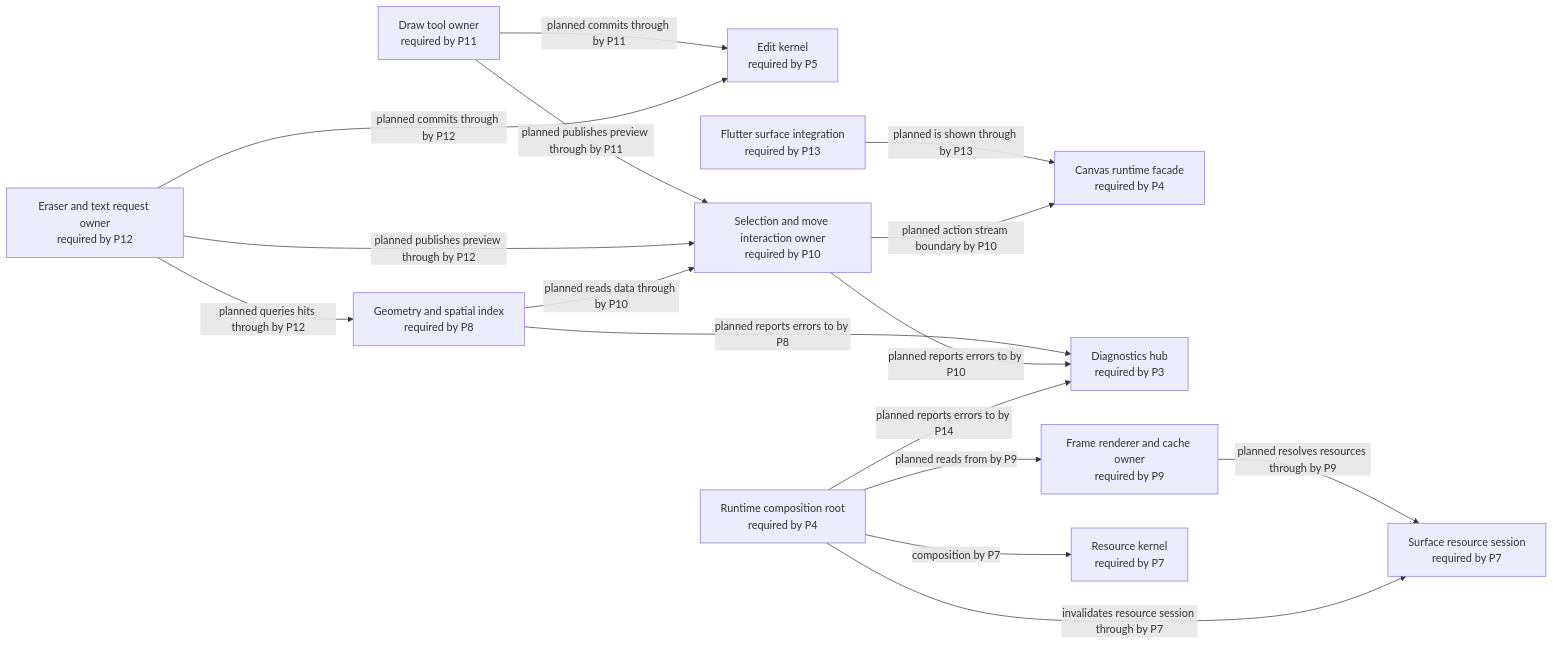
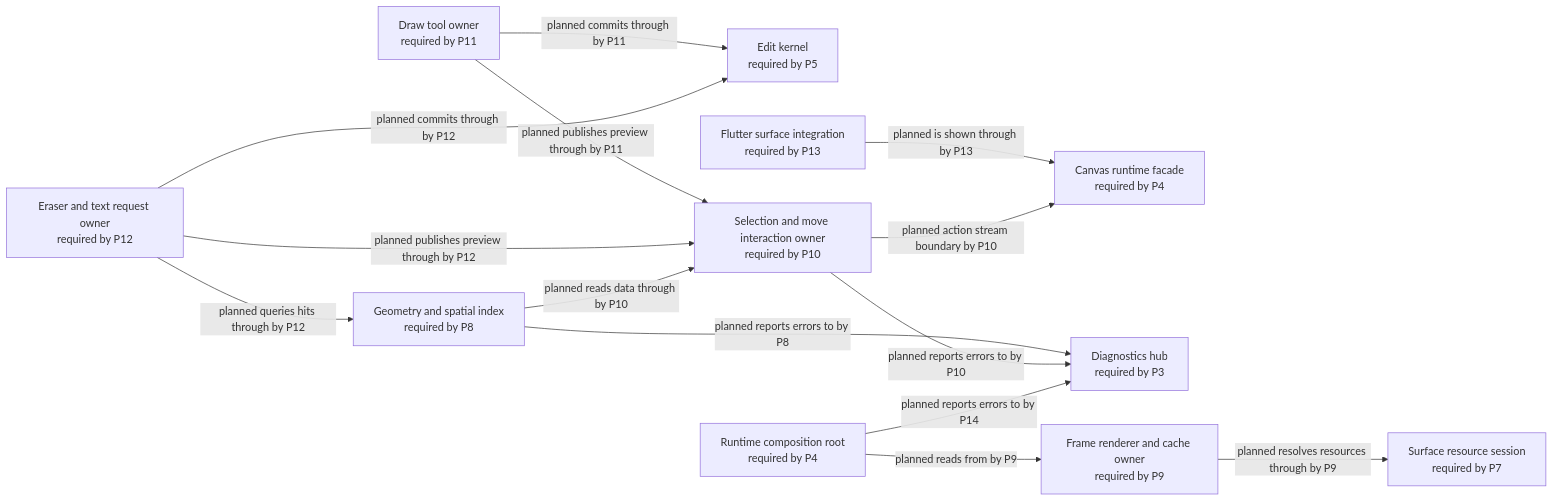
One commit to GreatPika/iwb_canvas_engine changed the diagram in docs/diagrams/generated/future_target.mmd. Above: the diagram before and after it, drawn with Mermaid. The commit also changed 10 other files, not shown here.

First line of the commit message:
docs(architecture): select P7 generated graph views

```diff
--- a/docs/diagrams/generated/future_target.mmd
+++ b/docs/diagrams/generated/future_target.mmd
@@ -1,32 +1,29 @@
 %% GENERATED FILE. Do not edit by hand.
 %% Source: docs/architecture/architecture_graph.yaml
 %% View: Future target architecture graph
-%% Selected phase: P6
+%% Selected phase: P7
 flowchart LR
   api_canvas_runtime["Canvas runtime facade<br/>required by P4"]
   diagnostics_hub["Diagnostics hub<br/>required by P3"]
   draw_tools["Draw tool owner<br/>required by P11"]
   edit_kernel["Edit kernel<br/>required by P5"]
   eraser_text_request["Eraser and text request owner<br/>required by P12"]
   flutter_surface["Flutter surface integration<br/>required by P13"]
   frame_renderer["Frame renderer and cache owner<br/>required by P9"]
   geometry_spatial_index["Geometry and spatial index<br/>required by P8"]
   interaction_selection_move["Selection and move interaction owner<br/>required by P10"]
-  resource_kernel["Resource kernel<br/>required by P7"]
   resource_surface_session["Surface resource session<br/>required by P7"]
   runtime_root["Runtime composition root<br/>required by P4"]
   draw_tools -->|planned commits through by P11| edit_kernel
   draw_tools -->|planned publishes preview through by P11| interaction_selection_move
   eraser_text_request -->|planned commits through by P12| edit_kernel
   eraser_text_request -->|planned publishes preview through by P12| interaction_selection_move
   eraser_text_request -->|planned queries hits through by P12| geometry_spatial_index
   flutter_surface -->|planned is shown through by P13| api_canvas_runtime
   frame_renderer -->|planned resolves resources through by P9| resource_surface_session
   geometry_spatial_index -->|planned reports errors to by P8| diagnostics_hub
   geometry_spatial_index -->|planned reads data through by P10| interaction_selection_move
   interaction_selection_move -->|planned action stream boundary by P10| api_canvas_runtime
   interaction_selection_move -->|planned reports errors to by P10| diagnostics_hub
   runtime_root -->|planned reads from by P9| frame_renderer
-  runtime_root -->|invalidates resource session through by P7| resource_surface_session
   runtime_root -->|planned reports errors to by P14| diagnostics_hub
-  runtime_root -->|composition by P7| resource_kernel
```
